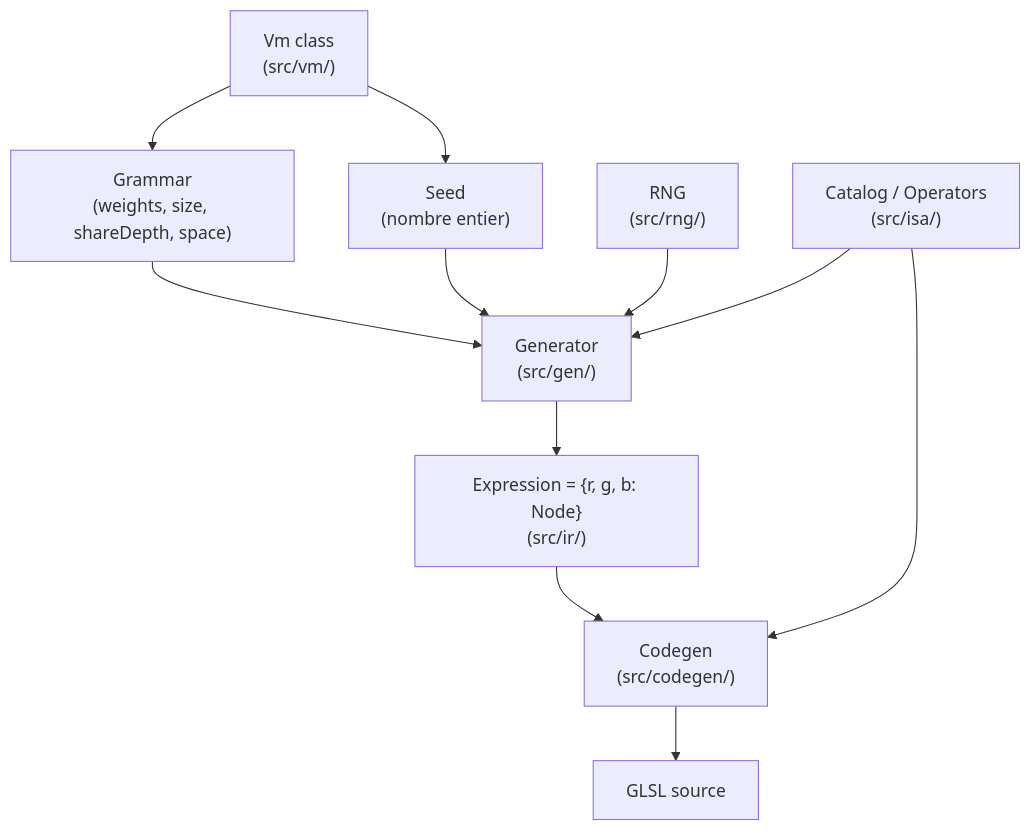
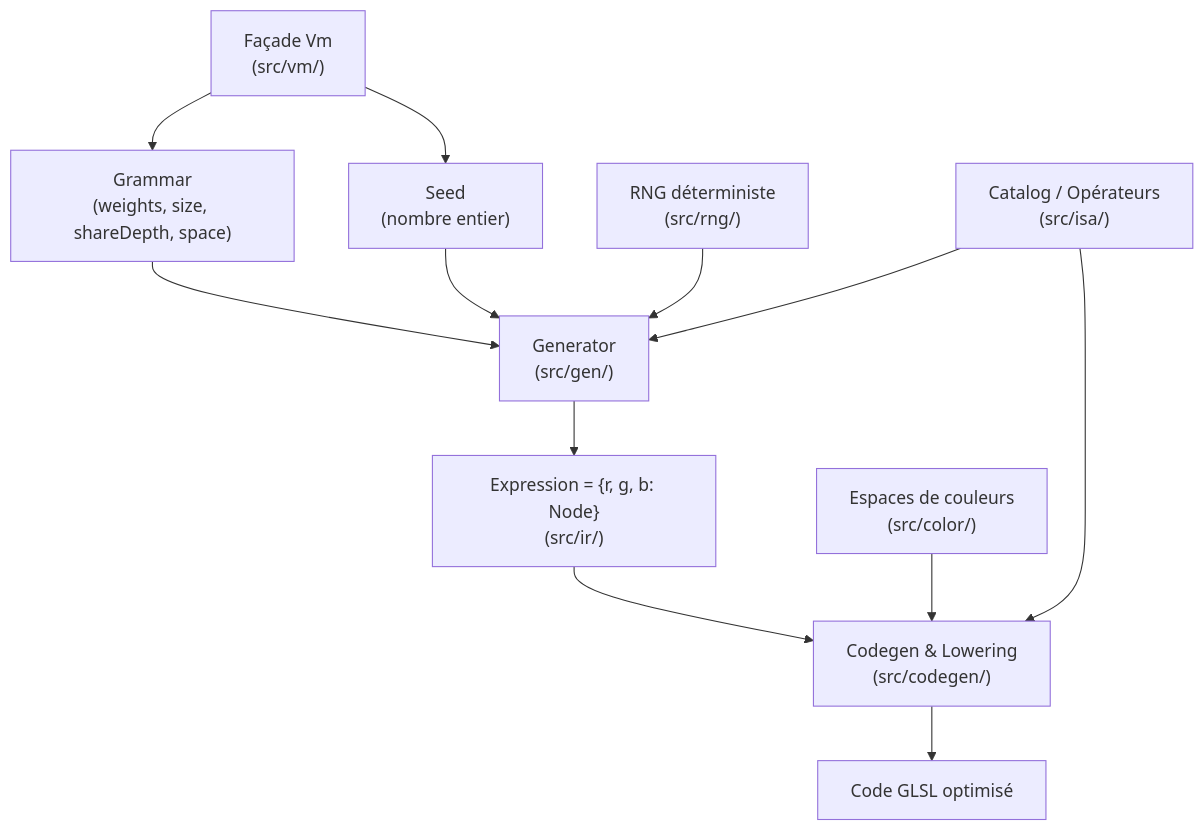
One commit to joska-p/pg_lab changed the diagram in packages/randomart-vm/analyse.md. Above: the diagram before and after it, drawn with Mermaid. The commit also changed other lines of this file and 38 other files, not shown here.

````diff
--- a/packages/randomart-vm/analyse.md
+++ b/packages/randomart-vm/analyse.md
@@ -53,22 +53,24 @@
 ```mermaid
 flowchart TD
     G["Grammar\n(weights, size, shareDepth, space)"]
     S["Seed\n(nombre entier)"]
-    RNG["RNG\n(src/rng/)"]
+    RNG["RNG déterministe\n(src/rng/)"]
     GEN["Generator\n(src/gen/)"]
     IR["Expression = {r, g, b: Node}\n(src/ir/)"]
-    ISA["Catalog / Operators\n(src/isa/)"]
-    CG["Codegen\n(src/codegen/)"]
-    GLSL["GLSL source"]
-    VM["Vm class\n(src/vm/)"]
+    ISA["Catalog / Opérateurs\n(src/isa/)"]
+    COL["Espaces de couleurs\n(src/color/)"]
+    CG["Codegen & Lowering\n(src/codegen/)"]
+    GLSL["Code GLSL optimisé"]
+    VM["Façade Vm\n(src/vm/)"]
 
     VM --> G
     VM --> S
     G & S --> GEN
     RNG --> GEN
     ISA --> GEN
     GEN --> IR
     ISA --> CG
+    COL --> CG
     IR --> CG
     CG --> GLSL
 ```
````
